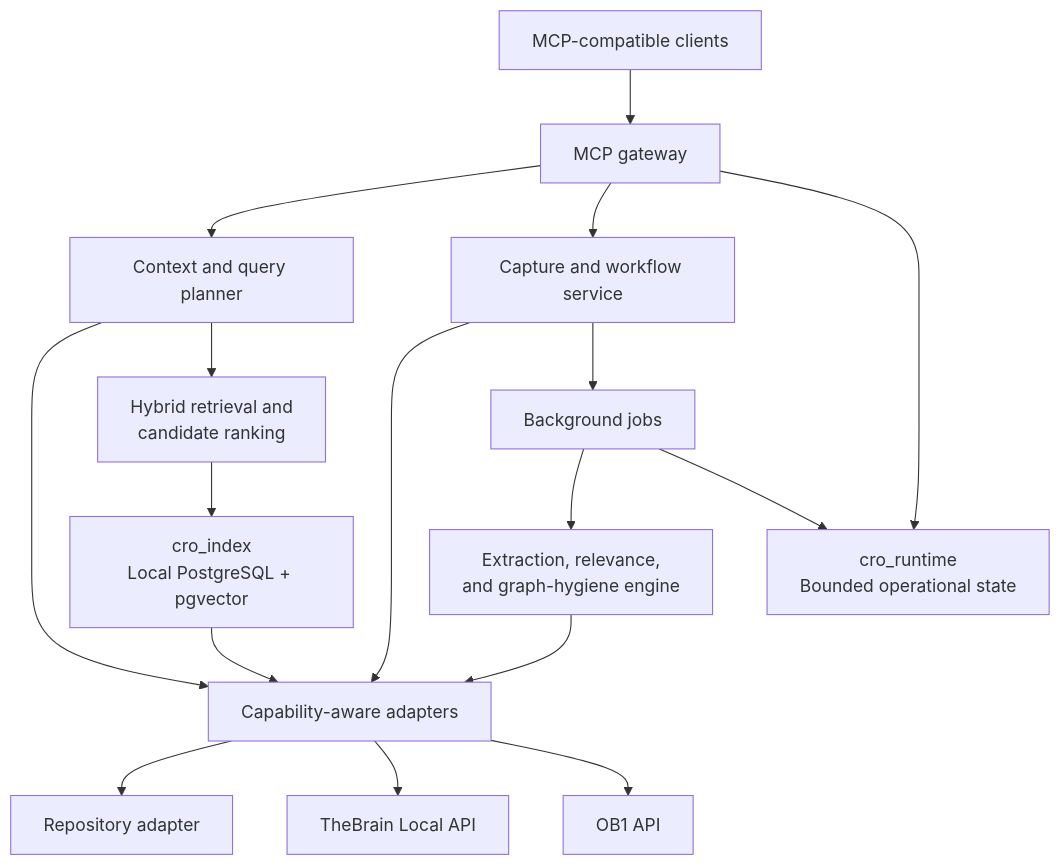
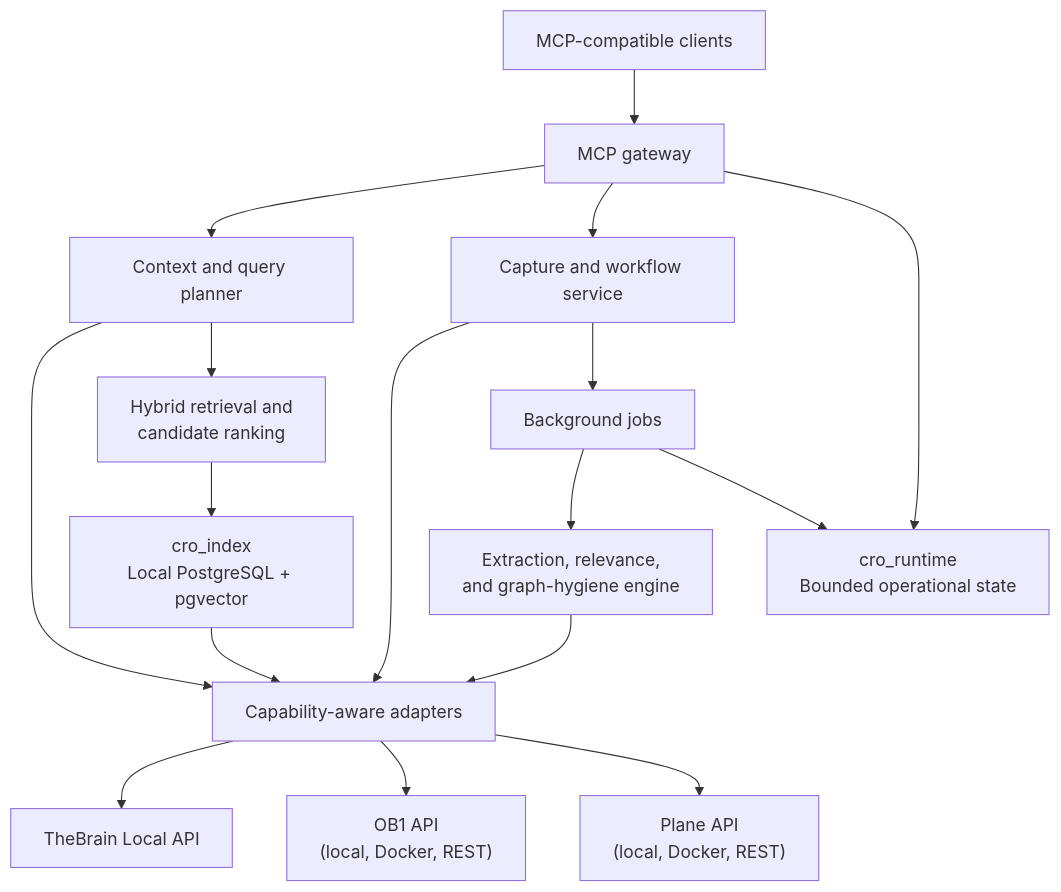
One commit to KeithBarrows/Cognitive-Research-Orchestrator changed the diagram in docs/architecture/02-logical-architecture.mmd. Above: the diagram before and after it, drawn with Mermaid. The commit also changed 20 other files, not shown here.

First line of the commit message:
📐 Enforce no-direct-repo-read rule across architecture docs; add dev overview

```diff
--- a/docs/architecture/02-logical-architecture.mmd
+++ b/docs/architecture/02-logical-architecture.mmd
@@ -1,17 +1,17 @@
 flowchart TB
     C["MCP-compatible clients"] --> G["MCP gateway"]
     G --> Q["Context and query planner"]
     G --> W["Capture and workflow service"]
     Q --> A["Capability-aware adapters"]
     W --> A
     Q --> H["Hybrid retrieval and<br/>candidate ranking"]
     H --> I["cro_index<br/>Local PostgreSQL + pgvector"]
     I --> A
-    A --> R["Repository adapter"]
     A --> T["TheBrain Local API"]
-    A --> O["OB1 API"]
+    A --> O["OB1 API<br/>(local, Docker, REST)"]
+    A --> PL["Plane API<br/>(local, Docker, REST)"]
     W --> J["Background jobs"]
     J --> E["Extraction, relevance,<br/>and graph-hygiene engine"]
     E --> A
     G --> D["cro_runtime<br/>Bounded operational state"]
     J --> D
```
